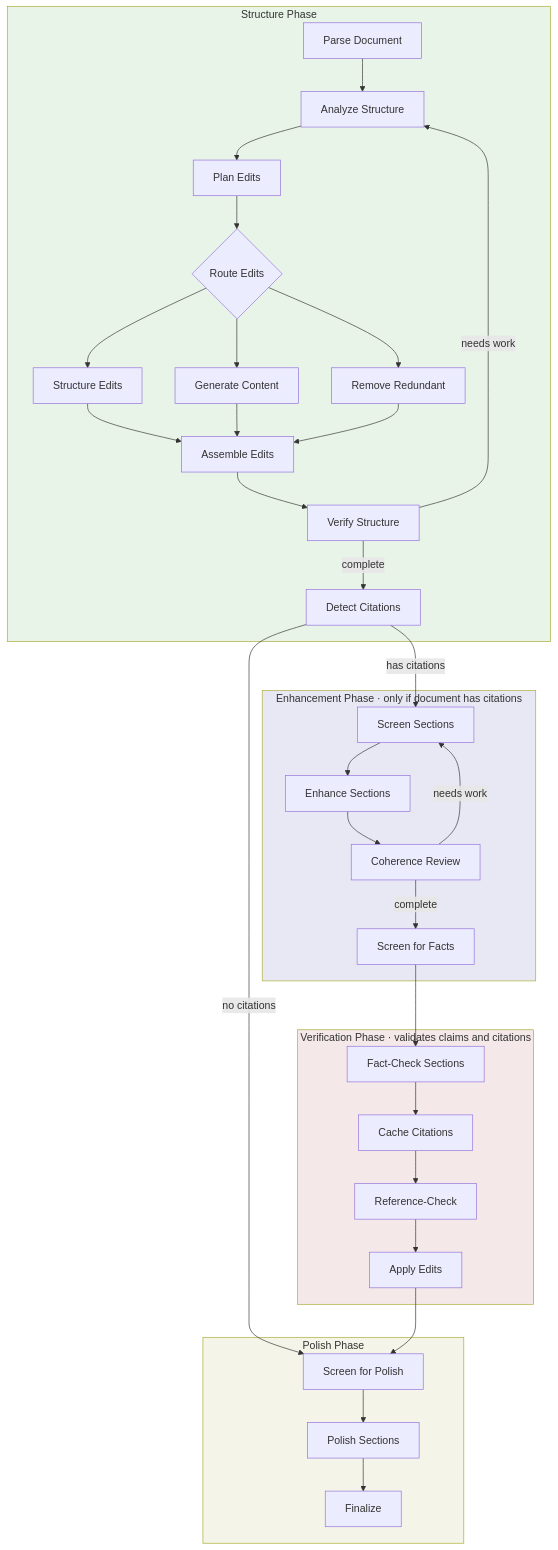
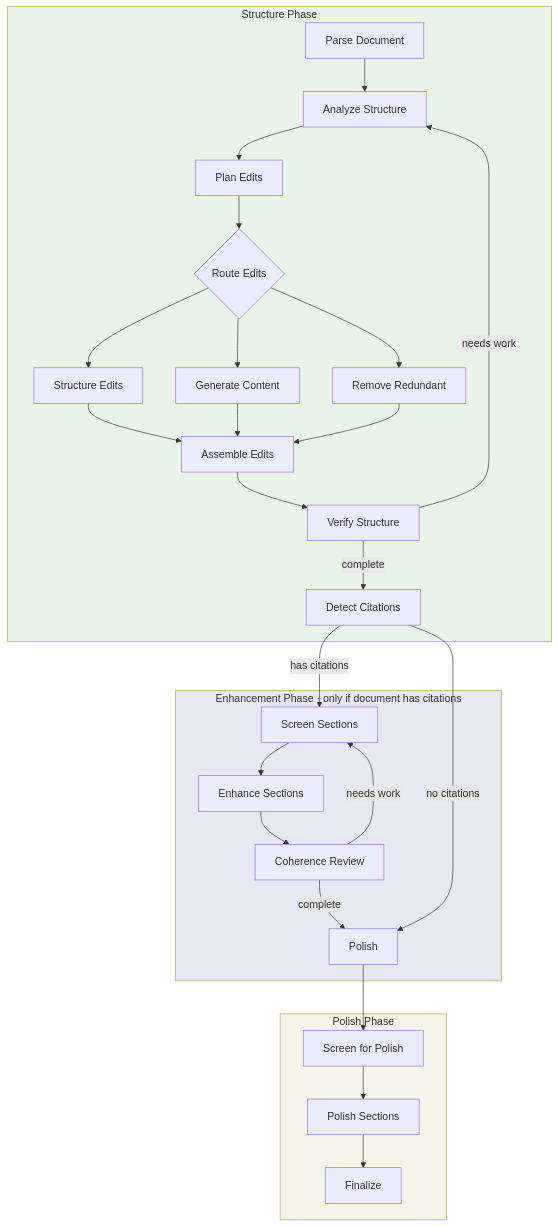
The diagram in workflows/enhance/editing/README.md (DaveCBeck/thala), drawn with Mermaid before and after one commit. The commit also changed other lines of this file and 27 other files, not shown here.

First line of the commit message:
refactor(enhance): extract fact-check into standalone workflow

````diff
--- a/workflows/enhance/editing/README.md
+++ b/workflows/enhance/editing/README.md
@@ -43,42 +45,34 @@
 ```mermaid
 flowchart TD
     subgraph structure ["Structure Phase"]
         A[Parse Document] --> B[Analyze Structure]
         B --> C[Plan Edits]
         C --> D{Route Edits}
         D --> E[Structure Edits]
         D --> F[Generate Content]
         D --> G[Remove Redundant]
         E & F & G --> H[Assemble Edits]
         H --> I[Verify Structure]
         I -->|needs work| B
         I -->|complete| J[Detect Citations]
     end
 
     subgraph enhance ["Enhancement Phase · only if document has citations"]
         J -->|has citations| K[Screen Sections]
         K --> L[Enhance Sections]
         L --> M[Coherence Review]
         M -->|needs work| K
-        M -->|complete| N[Screen for Facts]
-    end
-
-    subgraph verify ["Verification Phase · validates claims and citations"]
-        N --> O[Fact-Check Sections]
-        O --> P[Cache Citations]
-        P --> Q[Reference-Check]
-        Q --> R[Apply Edits]
+        M -->|complete| N[Polish]
     end
 
     subgraph polish ["Polish Phase"]
-        J -->|no citations| S
-        R --> S[Screen for Polish]
-        S --> T[Polish Sections]
-        T --> U[Finalize]
+        J -->|no citations| N
+        N --> O[Screen for Polish]
+        O --> P[Polish Sections]
+        P --> Q[Finalize]
     end
 
     style structure fill:#e8f4e8
     style enhance fill:#e8e8f4
-    style verify fill:#f4e8e8
     style polish fill:#f4f4e8
 ```
````
